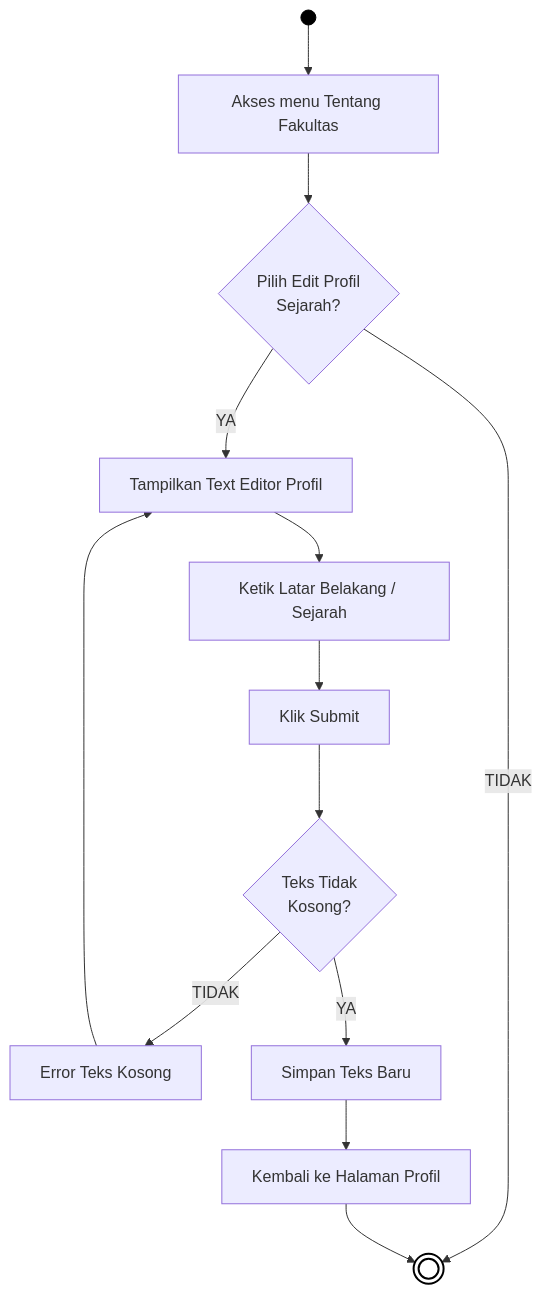
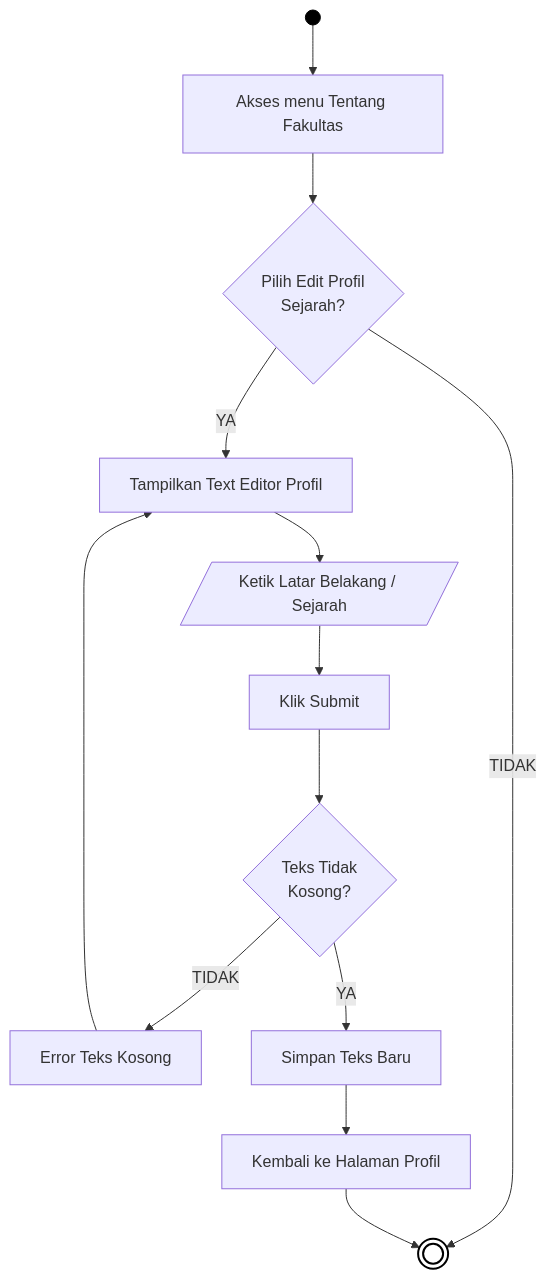
The fifth of 21 diagrams in docs/01_DIAGRAM_AKTIVITAS.md (arbain-dev/Web_fikom), drawn with Mermaid before and after one commit. The commit also changed other lines of this file and 2 other files, not shown here.

Commit message:
docs: perbaiki bentuk IO pada flowchart

````diff
--- a/docs/01_DIAGRAM_AKTIVITAS.md
+++ b/docs/01_DIAGRAM_AKTIVITAS.md
@@ -148,22 +148,22 @@
 ```mermaid
 flowchart TD
     Start(( )) --> A[Akses menu Tentang Fakultas]
     
     A --> B{Pilih Edit Profil\nSejarah?}
     B -- TIDAK --> End((( )))
     
     B -- YA --> C[Tampilkan Text Editor Profil]
-    C --> D[Ketik Latar Belakang / Sejarah]
+    C --> D[/Ketik Latar Belakang / Sejarah/]
     D --> E[Klik Submit]
     E --> F{Teks Tidak\nKosong?}
     
     F -- TIDAK --> G[Error Teks Kosong]
     G --> C
     
     F -- YA --> H[Simpan Teks Baru]
     H --> I[Kembali ke Halaman Profil]
     I --> End
     
     style Start fill:#000,stroke:#000,color:#000
     style End fill:#fff,stroke:#000,stroke-width:2px
 ```
````
